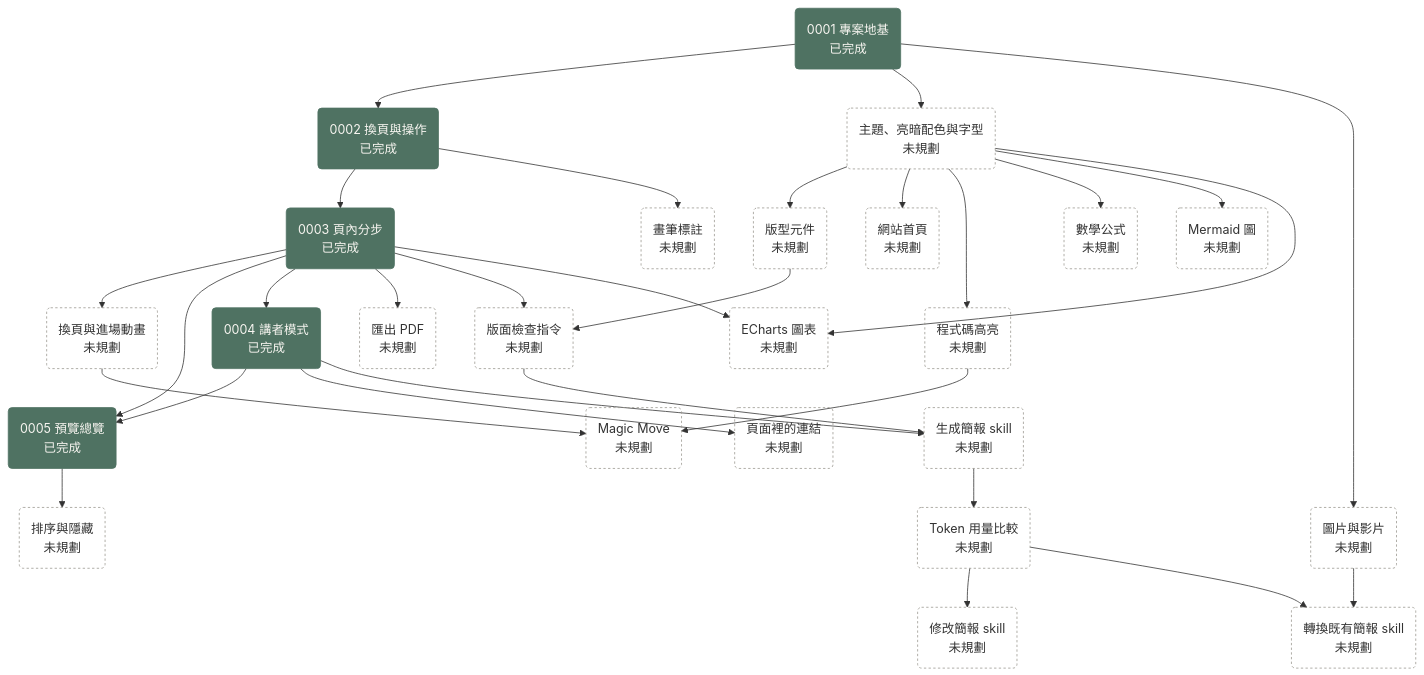
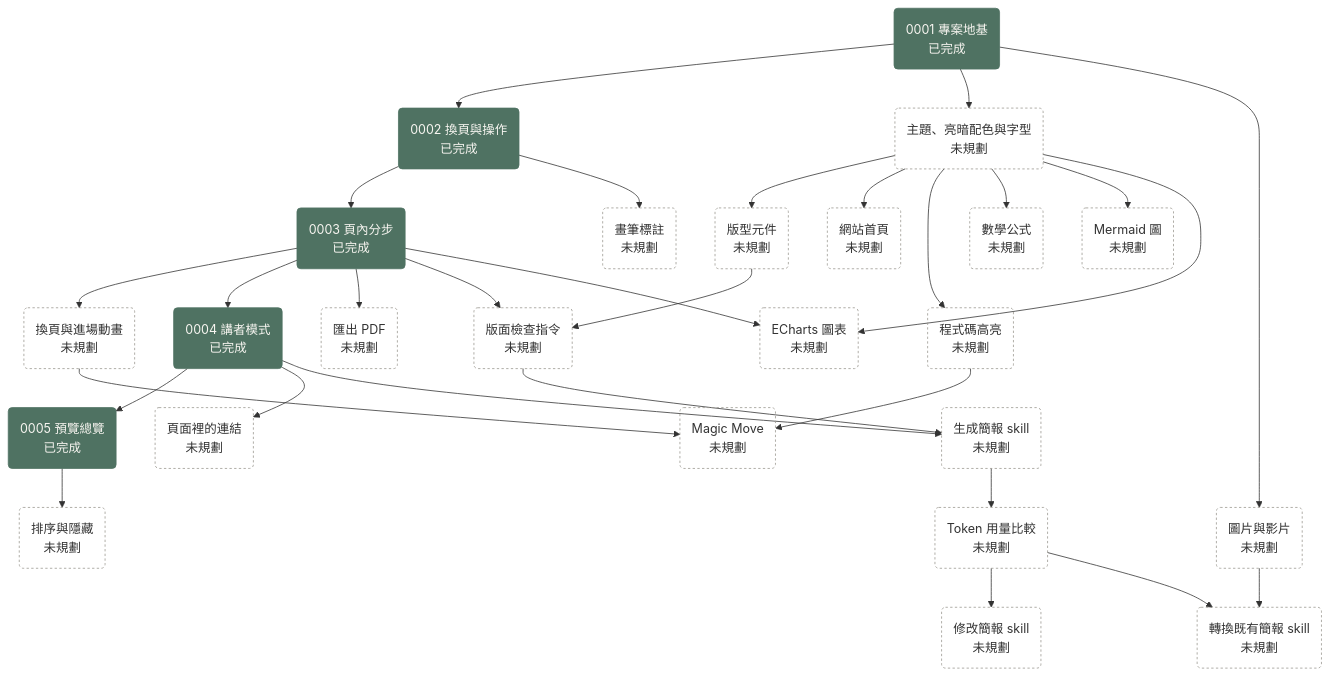
Before and after one commit to bingyangchen/diapo: the diagram in docs/plans/roadmap.md, drawn with Mermaid. The commit also changed 1 other file, not shown here.

Commit message:
Draw only direct dependencies in the roadmap graph (#18)

````diff
--- a/docs/plans/roadmap.md
+++ b/docs/plans/roadmap.md
@@ -7,48 +7,47 @@
 ```mermaid
 flowchart TD
   P0001("0001 專案地基<br/>已完成"):::done
   P0002("0002 換頁與操作<br/>已完成"):::done
   P0003("0003 頁內分步<br/>已完成"):::done
   transitions("換頁與進場動畫<br/>未規劃"):::unplanned
   magic_move("Magic Move<br/>未規劃"):::unplanned
   P0005("0005 預覽總覽<br/>已完成"):::done
   reorder("排序與隱藏<br/>未規劃"):::unplanned
   annotation("畫筆標註<br/>未規劃"):::unplanned
   page_links("頁面裡的連結<br/>未規劃"):::unplanned
   P0004("0004 講者模式<br/>已完成"):::done
   theme("主題、亮暗配色與字型<br/>未規劃"):::unplanned
   layouts("版型元件<br/>未規劃"):::unplanned
   media("圖片與影片<br/>未規劃"):::unplanned
   code_highlight("程式碼高亮<br/>未規劃"):::unplanned
   math("數學公式<br/>未規劃"):::unplanned
   mermaid_diagram("Mermaid 圖<br/>未規劃"):::unplanned
   charts("ECharts 圖表<br/>未規劃"):::unplanned
   pdf_export("匯出 PDF<br/>未規劃"):::unplanned
   site_home("網站首頁<br/>未規劃"):::unplanned
   layout_check("版面檢查指令<br/>未規劃"):::unplanned
   skill_generate("生成簡報 skill<br/>未規劃"):::unplanned
   token_benchmark("Token 用量比較<br/>未規劃"):::unplanned
   skill_modify("修改簡報 skill<br/>未規劃"):::unplanned
   skill_convert("轉換既有簡報 skill<br/>未規劃"):::unplanned
   P0001 --> P0002 --> P0003 --> transitions --> magic_move
-  P0003 --> P0005 --> reorder
-  P0004 --> P0005
+  P0004 --> P0005 --> reorder
   P0002 --> annotation
   P0004 --> page_links
   P0003 --> P0004 --> skill_generate
   P0003 --> pdf_export
   P0003 --> layout_check
   P0001 --> theme --> layouts --> layout_check --> skill_generate
   skill_generate --> token_benchmark --> skill_modify
   token_benchmark --> skill_convert
   P0001 --> media --> skill_convert
   theme --> site_home
   theme --> code_highlight --> magic_move
   theme --> math
   theme --> mermaid_diagram
   theme --> charts
   P0003 --> charts
   classDef done fill:#4f7262,stroke:#4f7262,color:#f7f5f0
   classDef approved fill:none,stroke:#6b8f7e,stroke-width:1.5px
   classDef unplanned fill:none,stroke:#9a978f,stroke-dasharray:3 3
 ```
````
